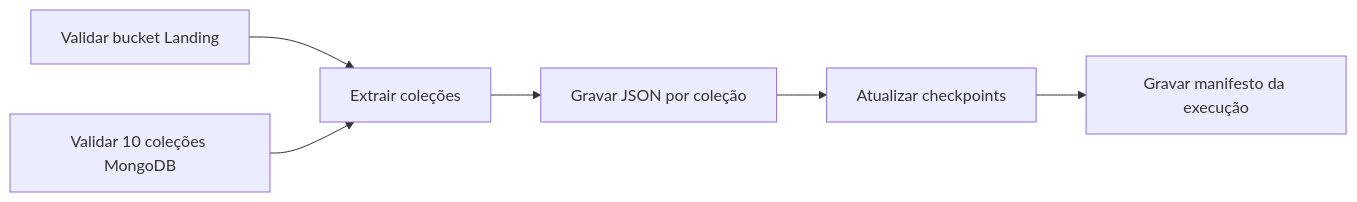
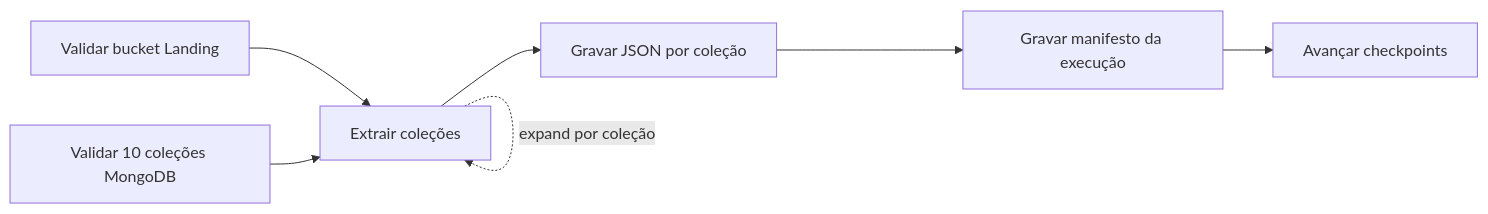
Before and after one commit to olucasoliverio/Engenharia_Dados_Final: the diagram in docs/dag_mongodb_landing.md, drawn with Mermaid. The commit also changed other lines of this file and 10 other files, not shown here.

````diff
--- a/docs/dag_mongodb_landing.md
+++ b/docs/dag_mongodb_landing.md
@@ -12,8 +40,9 @@
 ```mermaid
 flowchart LR
     A[Validar bucket Landing] --> C[Extrair coleções]
     B[Validar 10 coleções MongoDB] --> C
+    C -.->|expand por coleção| C
     C --> D[Gravar JSON por coleção]
-    D --> E[Atualizar checkpoints]
-    E --> F[Gravar manifesto da execução]
+    D --> E[Gravar manifesto da execução]
+    E --> F[Avançar checkpoints]
 ```
````
